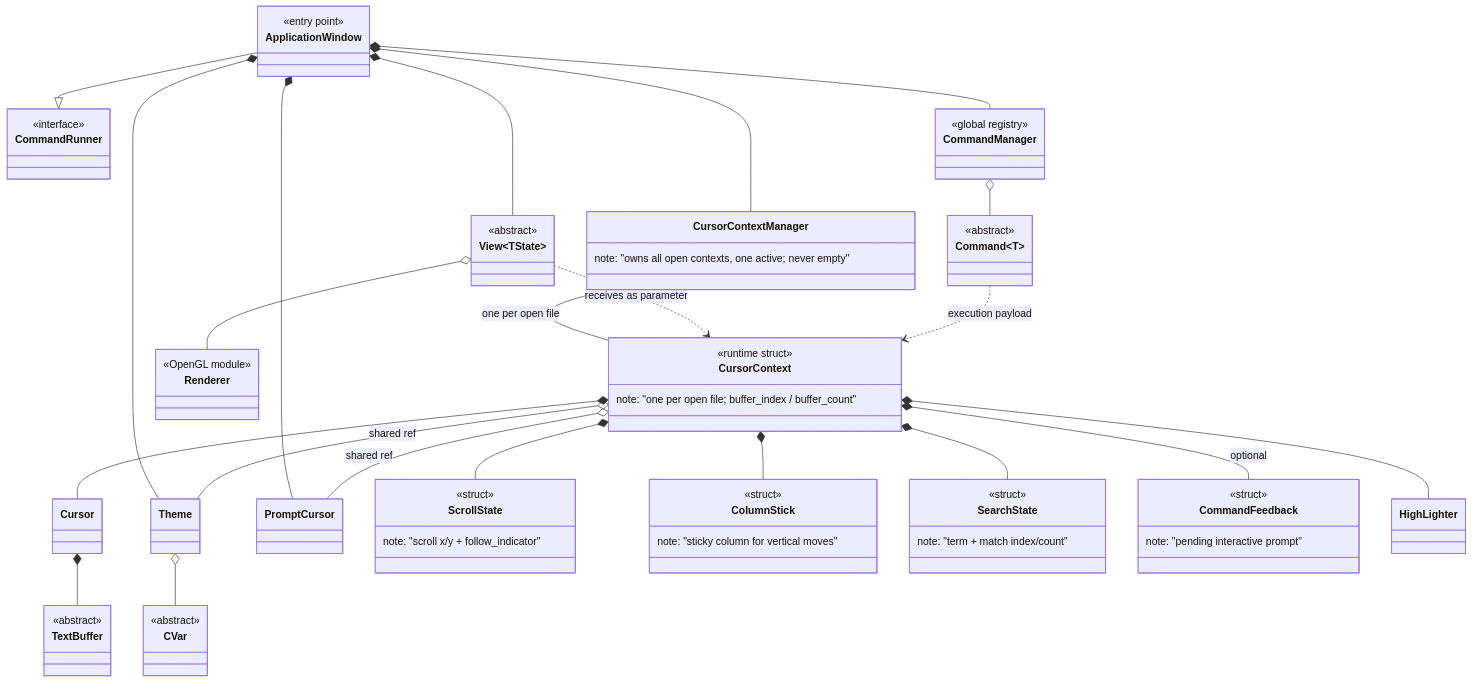
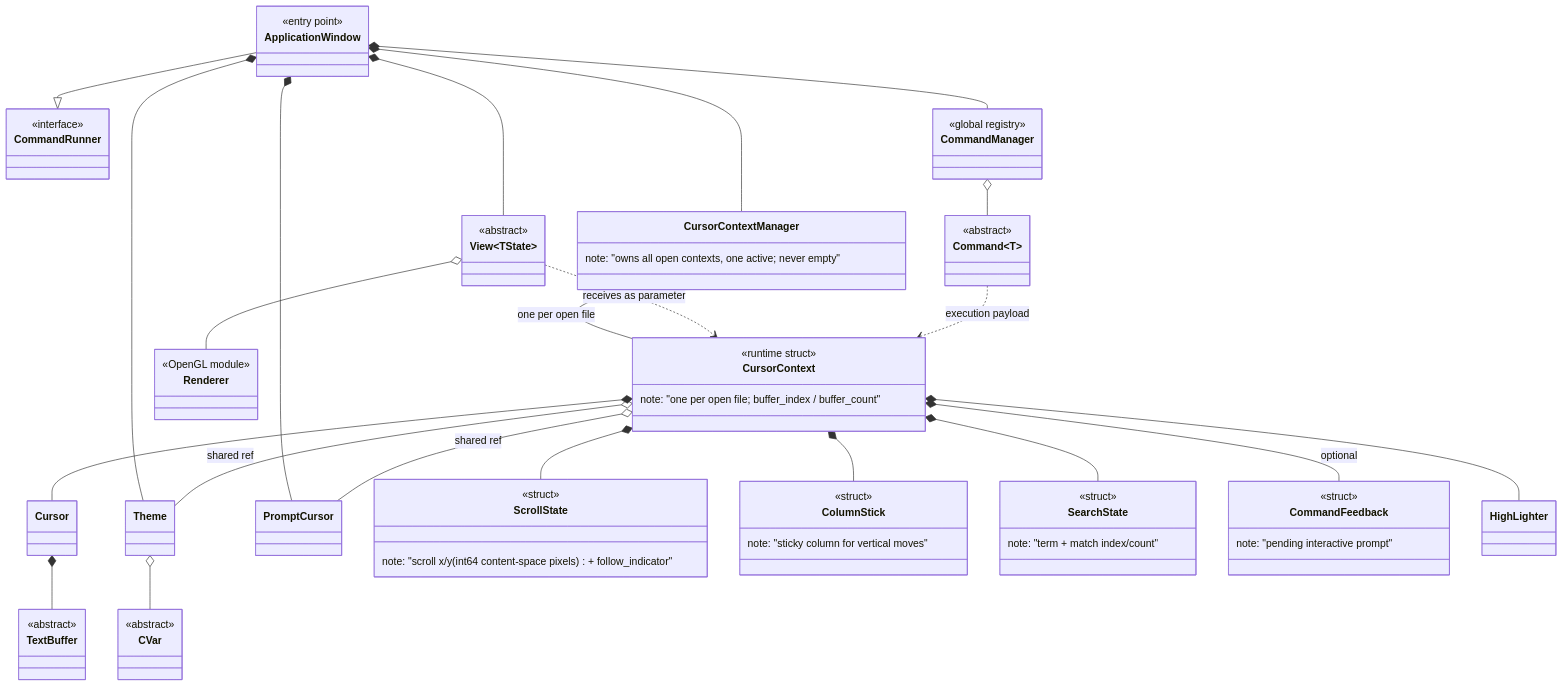
The tenth of 10 diagrams in docs/class_diagram.md (notnotme/bbloc), drawn with Mermaid before and after one commit. The commit also changed other lines of this file and 41 other files, not shown here.

````diff
--- a/docs/class_diagram.md
+++ b/docs/class_diagram.md
@@ -325,76 +332,76 @@
 ```mermaid
 classDiagram
     class ApplicationWindow {
         <<entry point>>
     }
     class CommandRunner {
         <<interface>>
     }
     class CommandManager {
         <<global registry>>
     }
     class Theme
     class CursorContextManager {
         note: "owns all open contexts, one active; never empty"
     }
     class CursorContext {
         <<runtime struct>>
         note: "one per open file; buffer_index / buffer_count"
     }
     class Cursor
     class PromptCursor
     class ScrollState {
         <<struct>>
-        note: "scroll x/y + follow_indicator"
+        note: "scroll x/y (int64 content-space pixels) + follow_indicator"
     }
     class ColumnStick {
         <<struct>>
         note: "sticky column for vertical moves"
     }
     class SearchState {
         <<struct>>
         note: "term + match index/count"
     }
     class CommandFeedback {
         <<struct>>
         note: "pending interactive prompt"
     }
     class View~TState~ {
         <<abstract>>
     }
     class Command~T~ {
         <<abstract>>
     }
     class TextBuffer {
         <<abstract>>
     }
     class CVar {
         <<abstract>>
     }
     class Renderer {
         <<OpenGL module>>
     }
     class HighLighter
 
     ApplicationWindow --|> CommandRunner
     ApplicationWindow *-- CommandManager
     ApplicationWindow *-- Theme
     ApplicationWindow *-- PromptCursor
     ApplicationWindow *-- CursorContextManager
     ApplicationWindow *-- View~TState~
     CommandManager o-- Command~T~
     CursorContextManager *-- CursorContext : one per open file
     CursorContext *-- Cursor
     CursorContext o-- PromptCursor : shared ref
     CursorContext o-- Theme : shared ref
     Cursor *-- TextBuffer
     CursorContext *-- HighLighter
     CursorContext *-- ScrollState
     CursorContext *-- ColumnStick
     CursorContext *-- SearchState
     CursorContext *-- CommandFeedback : optional
     Theme o-- CVar
     View~TState~ o-- Renderer
     View~TState~ ..> CursorContext : receives as parameter
     Command~T~ ..> CursorContext : execution payload
 ```
````
